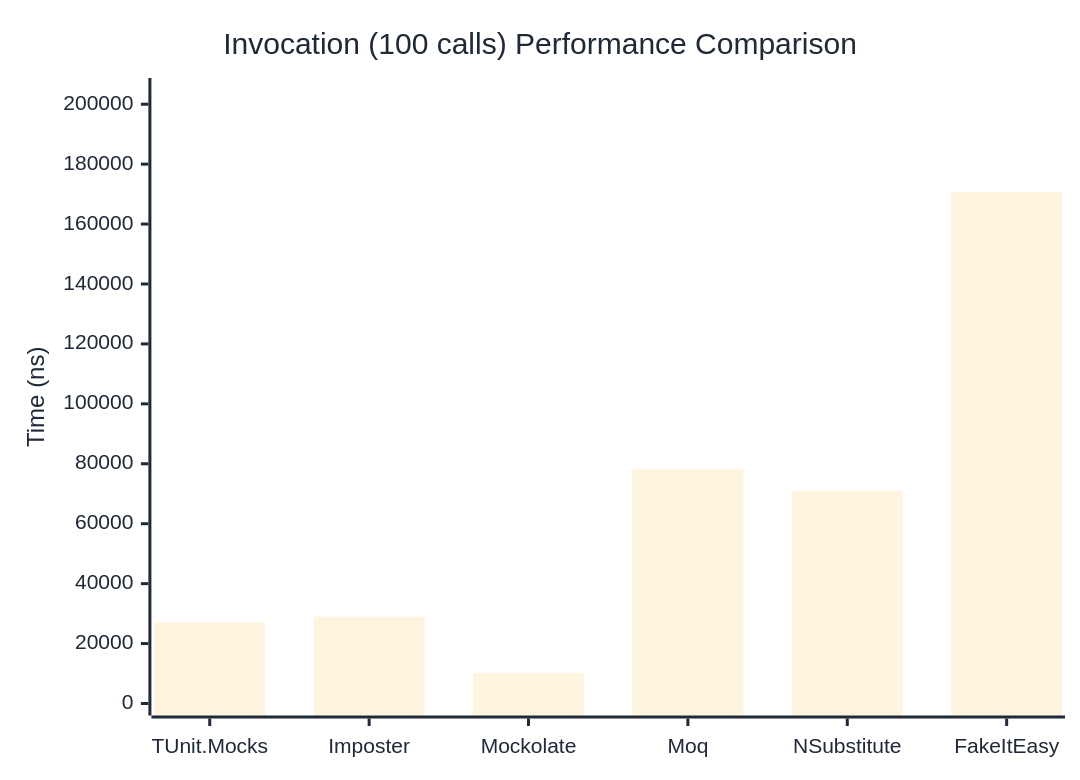
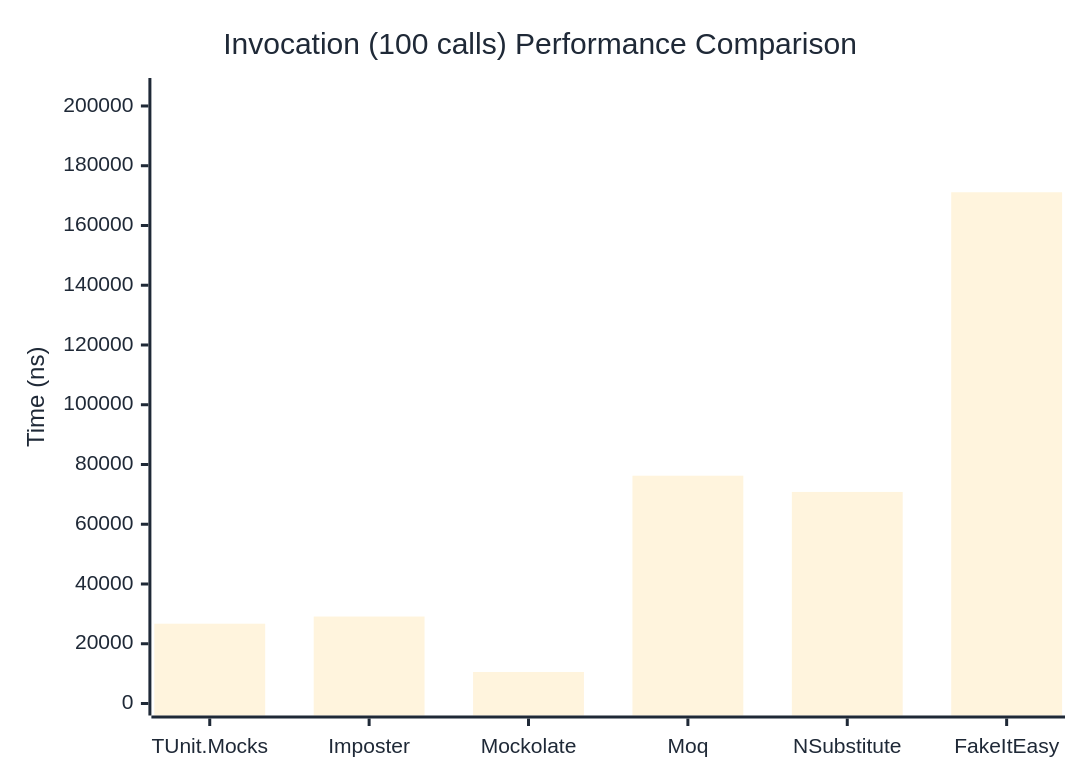
Before and after one commit to thomhurst/TUnit: the third of 3 diagrams in docs/docs/benchmarks/mocks/Invocation.md, drawn with Mermaid. The commit also changed other lines of this file and 14 other files, not shown here.

````diff
--- a/docs/docs/benchmarks/mocks/Invocation.md
+++ b/docs/docs/benchmarks/mocks/Invocation.md
@@ -112,27 +112,27 @@
 ```mermaid
 %%{init: {
   'theme':'base',
   'themeVariables': {
     'primaryColor': '#2563eb',
     'primaryTextColor': '#1f2937',
     'primaryBorderColor': '#1e40af',
     'lineColor': '#6b7280',
     'secondaryColor': '#7c3aed',
     'tertiaryColor': '#dc2626',
     'background': '#ffffff',
     'pie1': '#2563eb',
     'pie2': '#7c3aed',
     'pie3': '#dc2626',
     'pie4': '#f59e0b',
     'pie5': '#10b981',
     'pie6': '#06b6d4',
     'pie7': '#ec4899',
     'pie8': '#6366f1'
   }
 }}%%
 xychart-beta
   title "Invocation (100 calls) Performance Comparison"
   x-axis ["TUnit.Mocks", "Imposter", "Mockolate", "Moq", "NSubstitute", "FakeItEasy"]
-  y-axis "Time (ns)" 0 --> 204742
-  bar [27059.02, 28972.46, 10218.31, 78298.38, 70841.76, 170617.91]
+  y-axis "Time (ns)" 0 --> 205348
+  bar [26709.7, 29107.61, 10542.2, 76246.07, 70813.61, 171122.68]
 ```
````
